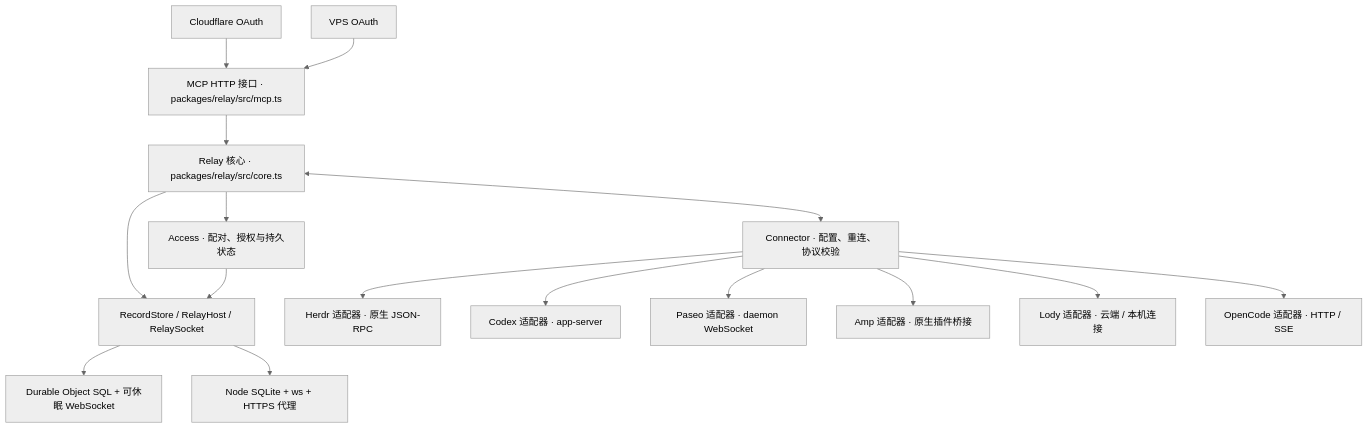
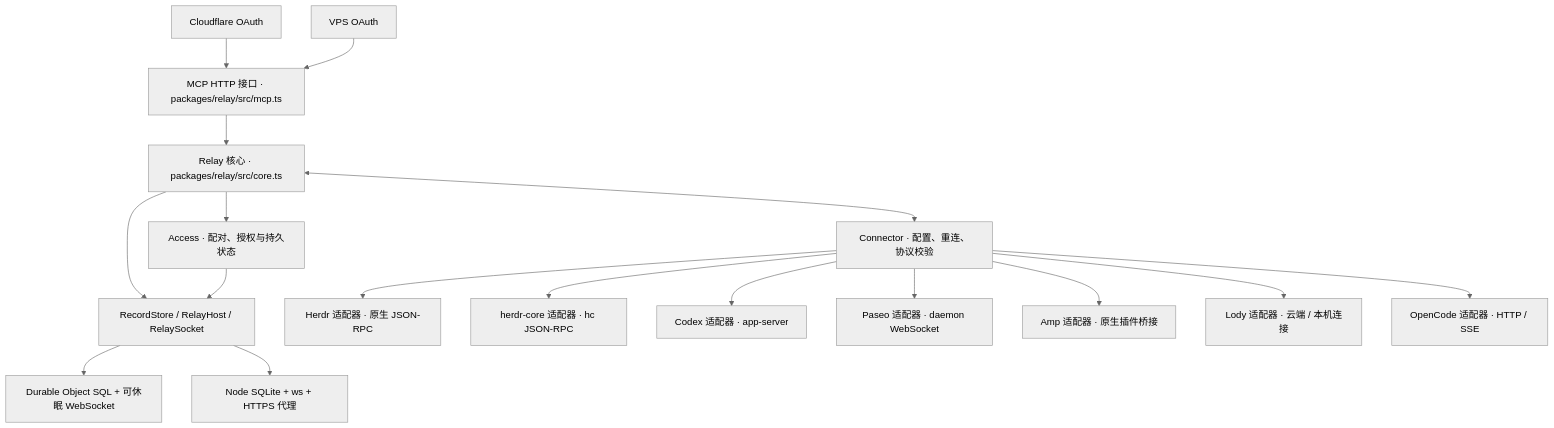
Before and after one commit to Xuanwo/agenvo: the diagram in design/architecture.zh-CN.md, drawn with Mermaid (neutral theme). The commit also changed other lines of this file and 37 other files, not shown here.

First line of the commit message:
feat: add herdr-core connector

````diff
--- a/design/architecture.zh-CN.md
+++ b/design/architecture.zh-CN.md
@@ -9,18 +9,19 @@
 ```mermaid
 flowchart TB
   MCP["MCP HTTP 接口 · packages/relay/src/mcp.ts"] --> CORE["Relay 核心 · packages/relay/src/core.ts"]
   CF["Cloudflare OAuth"] --> MCP
   VPS["VPS OAuth"] --> MCP
   CORE --> ACCESS["Access · 配对、授权与持久状态"]
   CORE --> PORT["RecordStore / RelayHost / RelaySocket"]
   ACCESS --> PORT
   PORT --> DO["Durable Object SQL + 可休眠 WebSocket"]
   PORT --> NODE["Node SQLite + ws + HTTPS 代理"]
   CORE <--> CON["Connector · 配置、重连、协议校验"]
   CON --> HERDR["Herdr 适配器 · 原生 JSON-RPC"]
+  CON --> HC["herdr-core 适配器 · hc JSON-RPC"]
   CON --> CODEX["Codex 适配器 · app-server"]
   CON --> PASEO["Paseo 适配器 · daemon WebSocket"]
   CON --> AMP["Amp 适配器 · 原生插件桥接"]
   CON --> LODY["Lody 适配器 · 云端 / 本机连接"]
   CON --> OPENCODE["OpenCode 适配器 · HTTP / SSE"]
 ```
````
